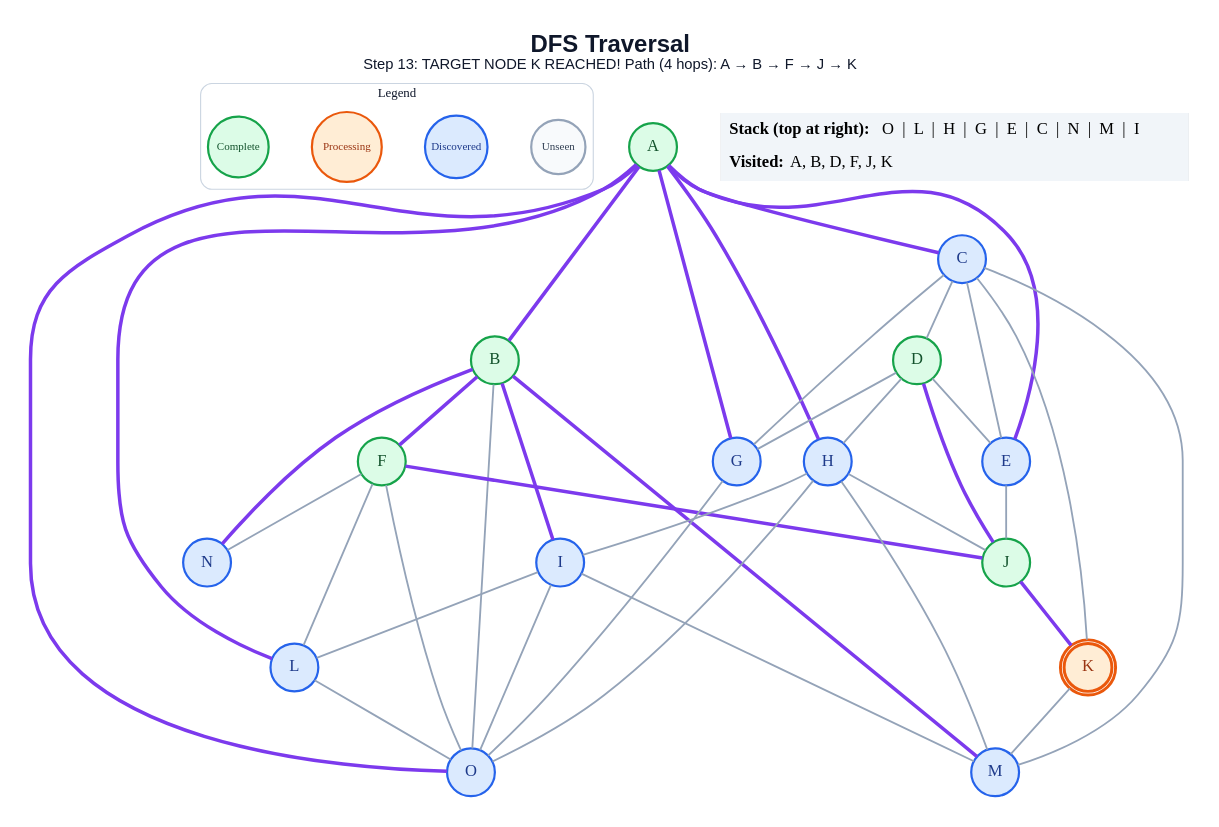
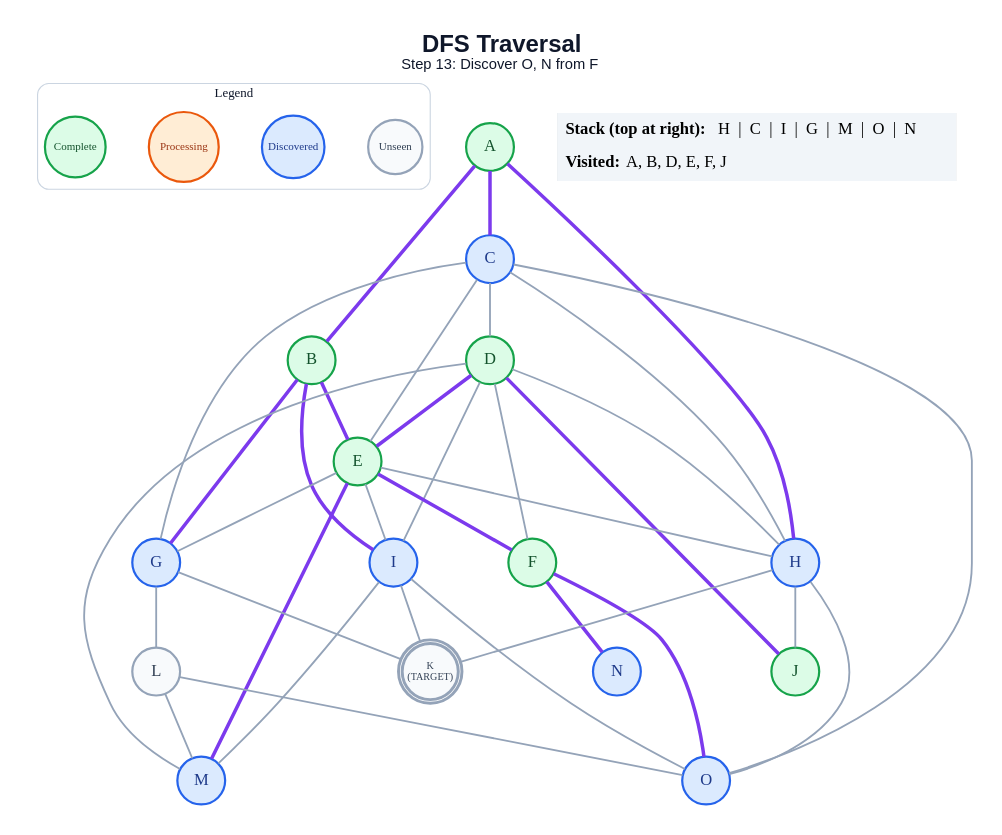
The diagram in generated/specific-node/dfs/step_13.dot (anon7238593-create/ai-slop), drawn with Graphviz before and after one commit. The commit also changed 304 other files, not shown here.

```diff
--- a/generated/specific-node/dfs/step_13.dot
+++ b/generated/specific-node/dfs/step_13.dot
@@ -1,71 +1,68 @@
 graph traversal {
   graph [layout=dot, rankdir=TB, bgcolor="#FFFFFF", pad="0.35", nodesep="0.65", ranksep="0.8", fontname="Arial"];
   node [shape=circle, style="filled", fontname="Arial Bold", fontsize=18, width=0.72, fixedsize=true, penwidth=2.4];
   edge [color="#94A3B8", penwidth=2.0];
-  label=<<B>DFS Traversal</B><BR/><FONT POINT-SIZE="16">Step 13: TARGET NODE K REACHED! Path (4 hops): A → B → F → J → K</FONT>>; labelloc="t"; fontsize=26; fontname="Arial"; fontcolor="#0F172A";
+  label=<<B>DFS Traversal</B><BR/><FONT POINT-SIZE="16">Step 13: Discover O, N from F</FONT>>; labelloc="t"; fontsize=26; fontname="Arial"; fontcolor="#0F172A";
   subgraph cluster_legend { label="Legend"; color="#CBD5E1"; penwidth=1.2; style="rounded"; fontsize=14; fontname="Arial Bold";
     key_unseen [label="Unseen", fillcolor="#F8FAFC", color="#94A3B8", fontcolor="#334155", fontsize=12, width=0.82];
     key_frontier [label="Discovered", fillcolor="#DBEAFE", color="#2563EB", fontcolor="#1E3A8A", fontsize=12, width=0.95];
     key_current [label="Processing", fillcolor="#FFEDD5", color="#EA580C", fontcolor="#9A3412", fontsize=12, width=1.05];
     key_done [label="Complete", fillcolor="#DCFCE7", color="#16A34A", fontcolor="#14532D", fontsize=12, width=0.92];
     { rank=same; key_unseen; key_frontier; key_current; key_done; }
   }
   A [label="A", fillcolor="#DCFCE7", color="#16A34A", fontcolor="#14532D", peripheries=1, penwidth=2.4];
   B [label="B", fillcolor="#DCFCE7", color="#16A34A", fontcolor="#14532D", peripheries=1, penwidth=2.4];
   C [label="C", fillcolor="#DBEAFE", color="#2563EB", fontcolor="#1E3A8A", peripheries=1, penwidth=2.4];
   D [label="D", fillcolor="#DCFCE7", color="#16A34A", fontcolor="#14532D", peripheries=1, penwidth=2.4];
-  E [label="E", fillcolor="#DBEAFE", color="#2563EB", fontcolor="#1E3A8A", peripheries=1, penwidth=2.4];
+  E [label="E", fillcolor="#DCFCE7", color="#16A34A", fontcolor="#14532D", peripheries=1, penwidth=2.4];
   F [label="F", fillcolor="#DCFCE7", color="#16A34A", fontcolor="#14532D", peripheries=1, penwidth=2.4];
   G [label="G", fillcolor="#DBEAFE", color="#2563EB", fontcolor="#1E3A8A", peripheries=1, penwidth=2.4];
   H [label="H", fillcolor="#DBEAFE", color="#2563EB", fontcolor="#1E3A8A", peripheries=1, penwidth=2.4];
   I [label="I", fillcolor="#DBEAFE", color="#2563EB", fontcolor="#1E3A8A", peripheries=1, penwidth=2.4];
   J [label="J", fillcolor="#DCFCE7", color="#16A34A", fontcolor="#14532D", peripheries=1, penwidth=2.4];
-  K [label="K", fillcolor="#FFEDD5", color="#EA580C", fontcolor="#9A3412", peripheries=2, penwidth=3.2];
-  L [label="L", fillcolor="#DBEAFE", color="#2563EB", fontcolor="#1E3A8A", peripheries=1, penwidth=2.4];
+  K [label="K\n(TARGET)", fillcolor="#F8FAFC", color="#94A3B8", fontcolor="#334155", peripheries=2, penwidth=3.2, fontsize=11, width=0.85, height=0.85];
+  L [label="L", fillcolor="#F8FAFC", color="#94A3B8", fontcolor="#334155", peripheries=1, penwidth=2.4];
   M [label="M", fillcolor="#DBEAFE", color="#2563EB", fontcolor="#1E3A8A", peripheries=1, penwidth=2.4];
   N [label="N", fillcolor="#DBEAFE", color="#2563EB", fontcolor="#1E3A8A", peripheries=1, penwidth=2.4];
   O [label="O", fillcolor="#DBEAFE", color="#2563EB", fontcolor="#1E3A8A", peripheries=1, penwidth=2.4];
   A -- B [color="#7C3AED", penwidth=3.8];
   A -- C [color="#7C3AED", penwidth=3.8];
-  A -- E [color="#7C3AED", penwidth=3.8];
-  A -- G [color="#7C3AED", penwidth=3.8];
   A -- H [color="#7C3AED", penwidth=3.8];
-  A -- L [color="#7C3AED", penwidth=3.8];
-  A -- O [color="#7C3AED", penwidth=3.8];
-  B -- F [color="#7C3AED", penwidth=3.8];
+  B -- E [color="#7C3AED", penwidth=3.8];
+  B -- G [color="#7C3AED", penwidth=3.8];
   B -- I [color="#7C3AED", penwidth=3.8];
-  B -- M [color="#7C3AED", penwidth=3.8];
-  B -- N [color="#7C3AED", penwidth=3.8];
-  B -- O;
   C -- D;
   C -- E;
   C -- G;
-  C -- K;
-  C -- M;
-  D -- E;
-  D -- G;
+  C -- H;
+  C -- O;
+  D -- E [color="#7C3AED", penwidth=3.8];
+  D -- F;
   D -- H;
+  D -- I;
   D -- J [color="#7C3AED", penwidth=3.8];
-  E -- J;
-  F -- J [color="#7C3AED", penwidth=3.8];
-  F -- L;
-  F -- N;
-  F -- O;
-  G -- O;
-  H -- I;
+  D -- M;
+  E -- F [color="#7C3AED", penwidth=3.8];
+  E -- G;
+  E -- H;
+  E -- I;
+  E -- M [color="#7C3AED", penwidth=3.8];
+  F -- N [color="#7C3AED", penwidth=3.8];
+  F -- O [color="#7C3AED", penwidth=3.8];
+  G -- K;
+  G -- L;
   H -- J;
-  H -- M;
+  H -- K;
   H -- O;
-  I -- L;
+  I -- K;
   I -- M;
   I -- O;
-  J -- K [color="#7C3AED", penwidth=3.8];
-  K -- M;
+  L -- M;
   L -- O;
   status [shape=plain, fixedsize=false, width=0, height=0, margin=0, label=<
     <TABLE BORDER="0" CELLBORDER="0" CELLPADDING="7" BGCOLOR="#F1F5F9">
-      <TR><TD ALIGN="LEFT"><B>Stack (top at right):</B> O  |  L  |  H  |  G  |  E  |  C  |  N  |  M  |  I</TD></TR>
-      <TR><TD ALIGN="LEFT"><B>Visited:</B> A, B, D, F, J, K</TD></TR>
+      <TR><TD ALIGN="LEFT"><B>Stack (top at right):</B> H  |  C  |  I  |  G  |  M  |  O  |  N</TD></TR>
+      <TR><TD ALIGN="LEFT"><B>Visited:</B> A, B, D, E, F, J</TD></TR>
     </TABLE>
   >];
 }
```
